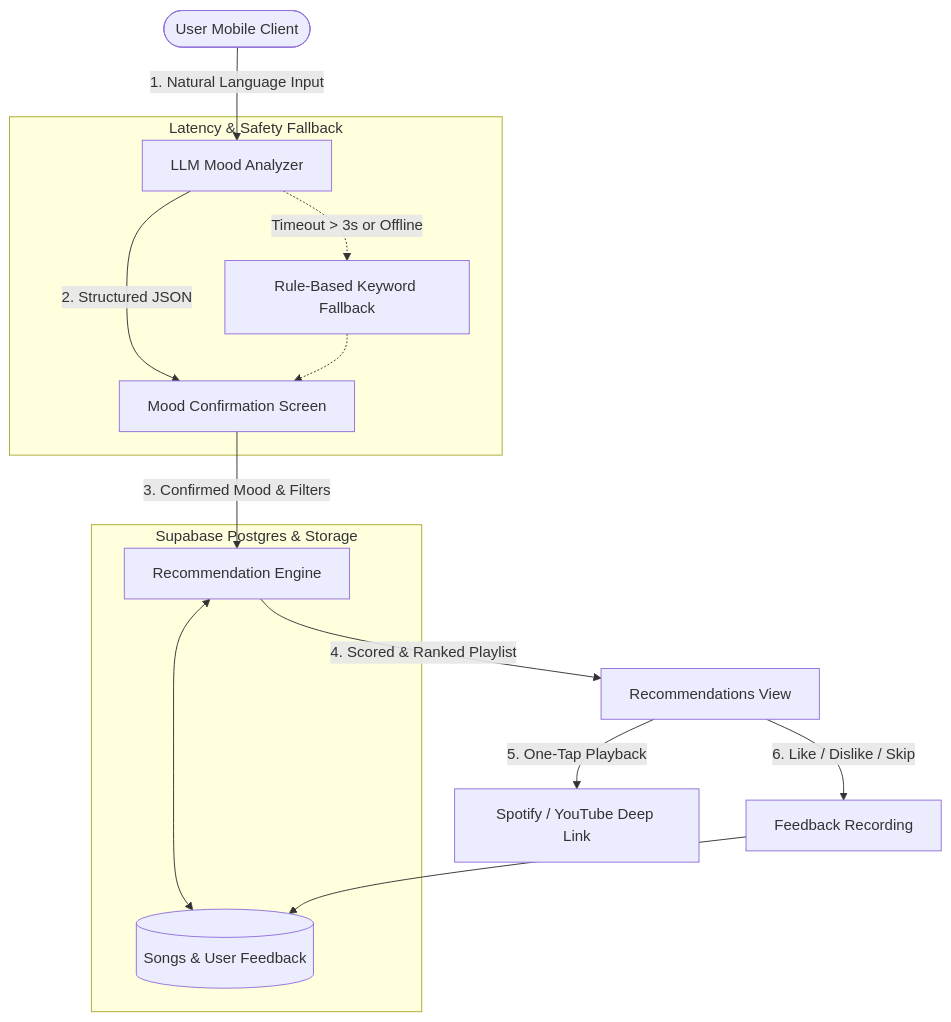
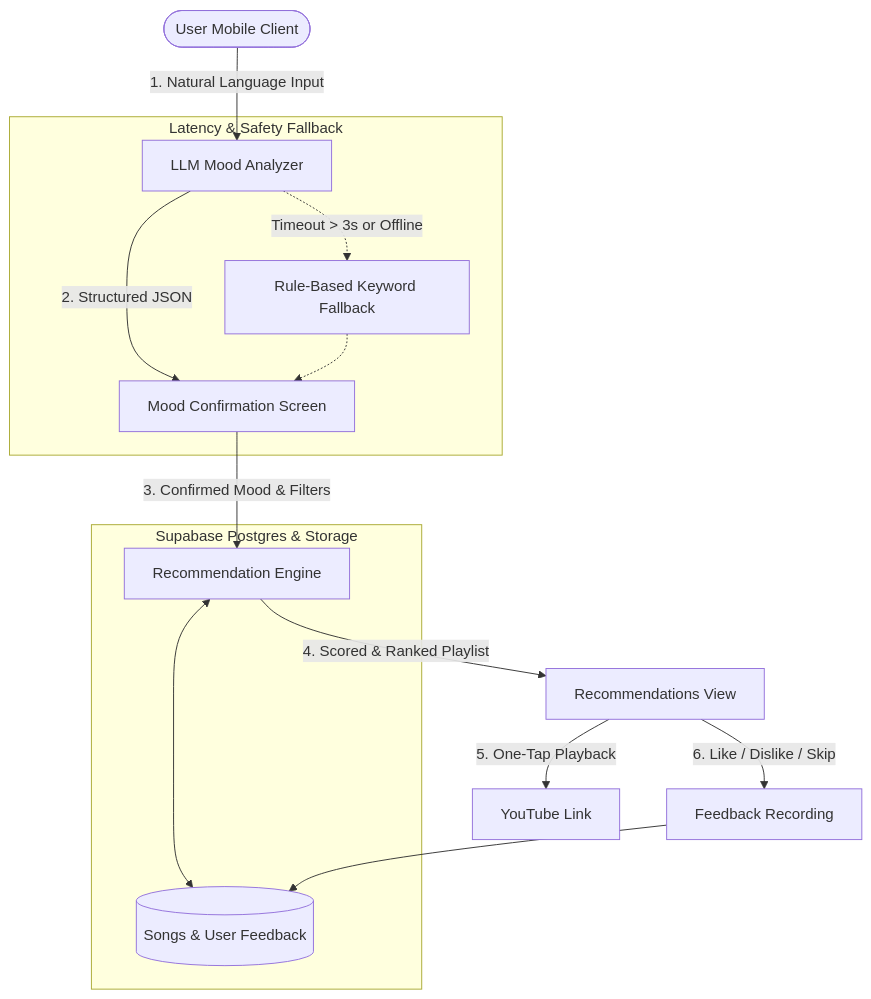
Before and after one commit to Aj1359/Moodify: the first of 2 diagrams in README.md, drawn with Mermaid. The commit also changed other lines of this file and 2 other files, not shown here.

````diff
--- a/README.md
+++ b/README.md
@@ -41,21 +41,21 @@
 ```mermaid
 flowchart TD
     User([User Mobile Client]) -->|1. Natural Language Input| LLMService[LLM Mood Analyzer]
     LLMService -->|2. Structured JSON| UIModal[Mood Confirmation Screen]
     
     subgraph Fallback ["Latency & Safety Fallback"]
         LLMService -.->|Timeout > 3s or Offline| KeywordEngine[Rule-Based Keyword Fallback]
         KeywordEngine -.-> UIModal
     end
 
     UIModal -->|3. Confirmed Mood & Filters| RecEngine[Recommendation Engine]
     
     subgraph DataLayer ["Supabase Postgres & Storage"]
         RecEngine <--> DB[(Songs & User Feedback)]
     end
     
     RecEngine -->|4. Scored & Ranked Playlist| ResultsView[Recommendations View]
-    ResultsView -->|5. One-Tap Playback| ExtPlayer[Spotify / YouTube Deep Link]
+    ResultsView -->|5. One-Tap Playback| ExtPlayer[YouTube Link]
     ResultsView -->|6. Like / Dislike / Skip| FeedbackAPI[Feedback Recording]
     FeedbackAPI --> DB
 ```
````
